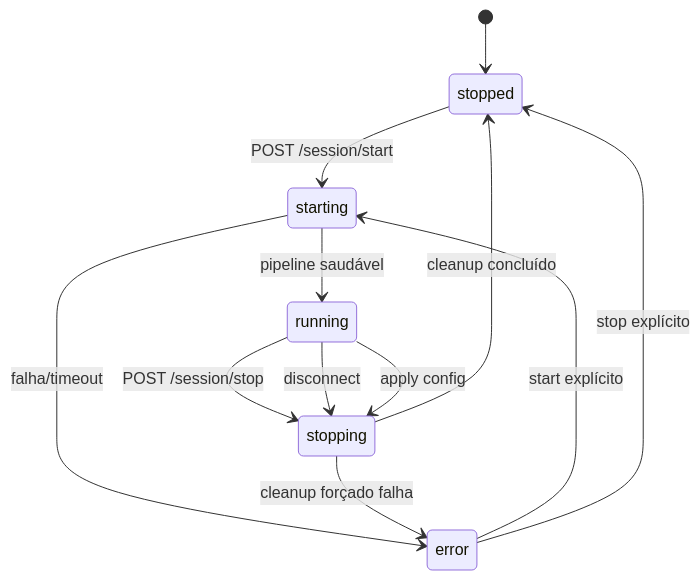
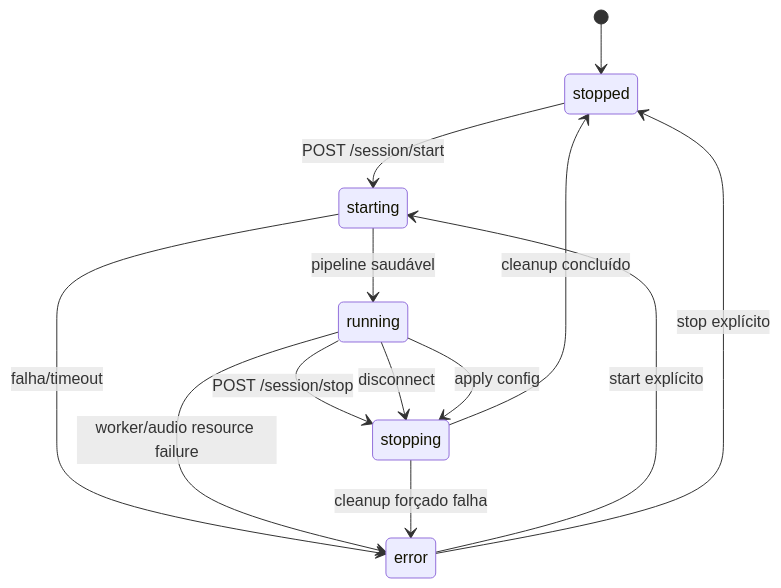
One commit to brasalabs6/genai-processors changed the third of 16 diagrams in leonidas/WORKFLOW.md. Above: the diagram before and after it, drawn with Mermaid. The commit also changed other lines of this file and 12 other files, not shown here.

````diff
--- a/leonidas/WORKFLOW.md
+++ b/leonidas/WORKFLOW.md
@@ -45,14 +45,15 @@
 ```mermaid
 stateDiagram-v2
   [*] --> stopped
   stopped --> starting: POST /session/start
   starting --> running: pipeline saudável
   starting --> error: falha/timeout
   running --> stopping: POST /session/stop
   running --> stopping: disconnect
   running --> stopping: apply config
+  running --> error: worker/audio resource failure
   stopping --> stopped: cleanup concluído
   stopping --> error: cleanup forçado falha
   error --> starting: start explícito
   error --> stopped: stop explícito
 ```
````
